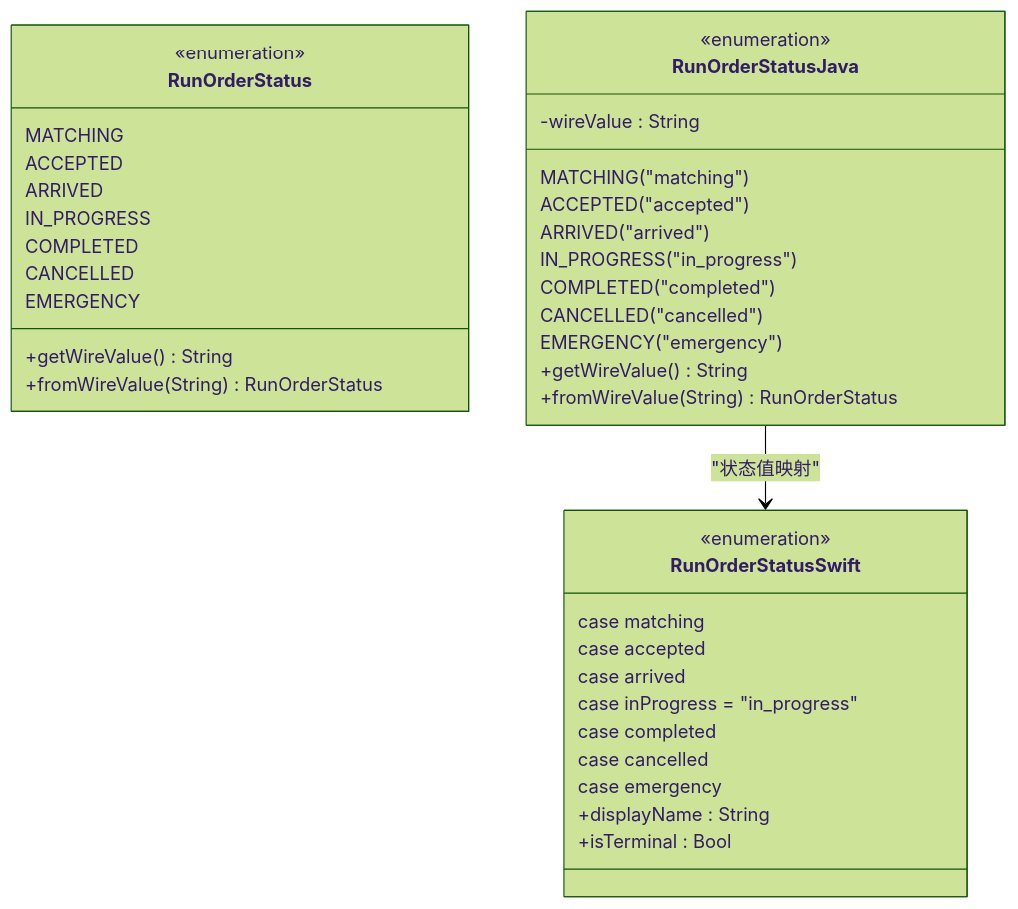
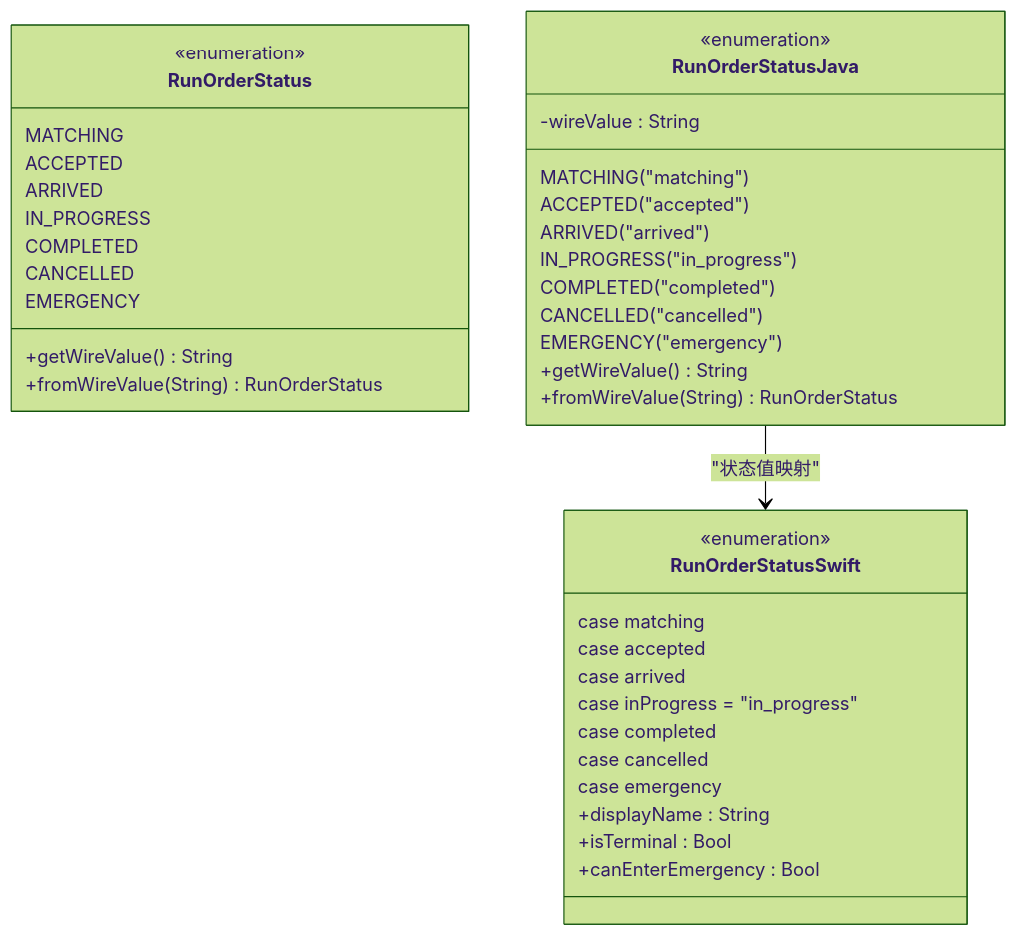
Before and after one commit to Jayden23018/blind-run-ios: the fourth of 13 diagrams in .qoder/repowiki/zh/content/核心功能模块/订单生命周期管理.md, drawn with Mermaid (forest theme). The commit also changed other lines of this file and 11 other files, not shown here.

Commit message:
Unify emergency safety flow and status handling

````diff
--- a/.qoder/repowiki/zh/content/核心功能模块/订单生命周期管理.md
+++ b/.qoder/repowiki/zh/content/核心功能模块/订单生命周期管理.md
@@ -251,41 +276,42 @@
 ```mermaid
 classDiagram
 class RunOrderStatus {
 <<enumeration>>
 MATCHING
 ACCEPTED
 ARRIVED
 IN_PROGRESS
 COMPLETED
 CANCELLED
 EMERGENCY
 +getWireValue() String
 +fromWireValue(String) RunOrderStatus
 }
 class RunOrderStatusJava {
 <<enumeration>>
 MATCHING("matching")
 ACCEPTED("accepted")
 ARRIVED("arrived")
 IN_PROGRESS("in_progress")
 COMPLETED("completed")
 CANCELLED("cancelled")
 EMERGENCY("emergency")
 -wireValue : String
 +getWireValue() String
 +fromWireValue(String) RunOrderStatus
 }
 class RunOrderStatusSwift {
 <<enumeration>>
 case matching
 case accepted
 case arrived
 case inProgress = "in_progress"
 case completed
 case cancelled
 case emergency
 +displayName : String
 +isTerminal : Bool
++canEnterEmergency : Bool
 }
 RunOrderStatusJava --> RunOrderStatusSwift : "状态值映射"
 ```
````
